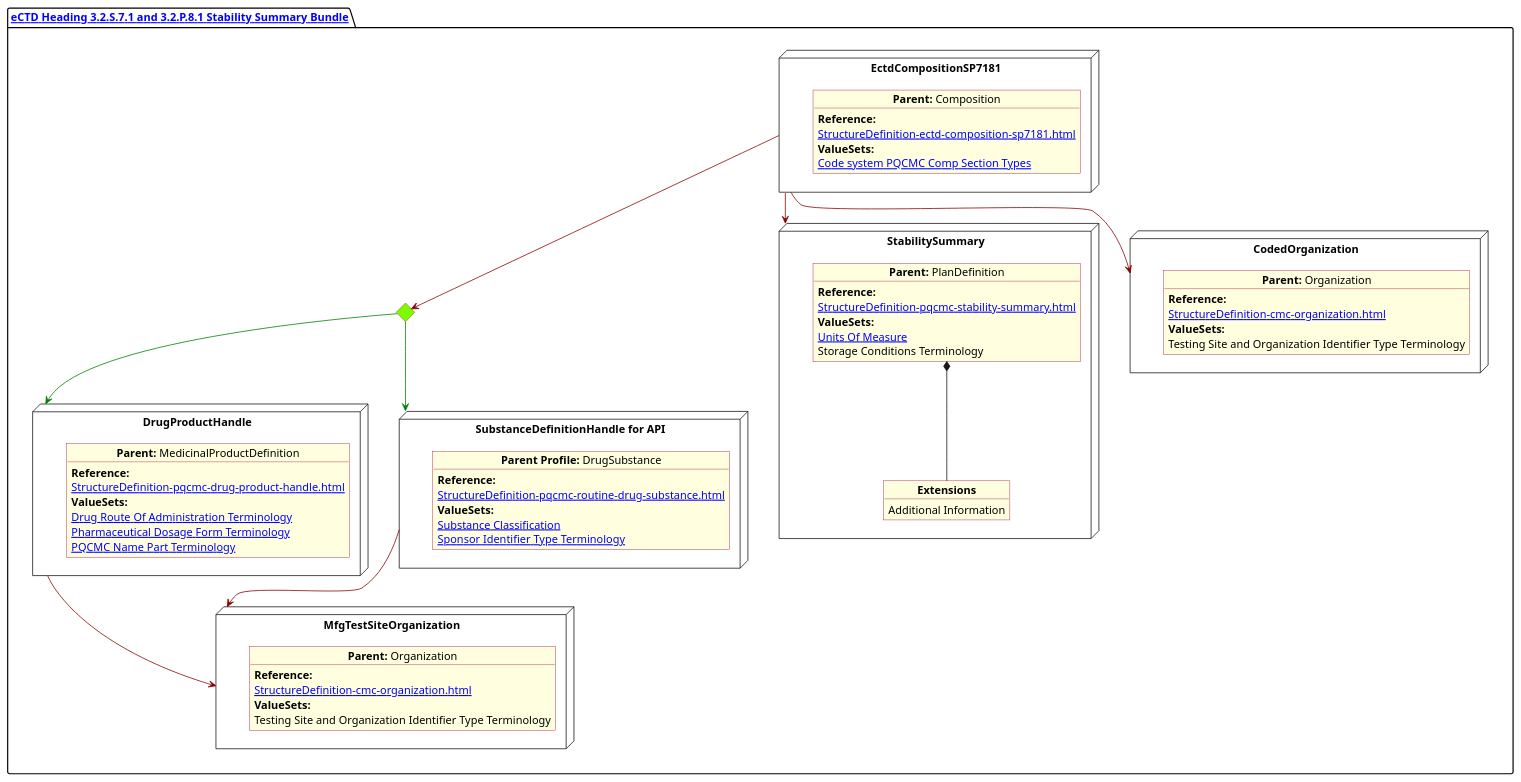
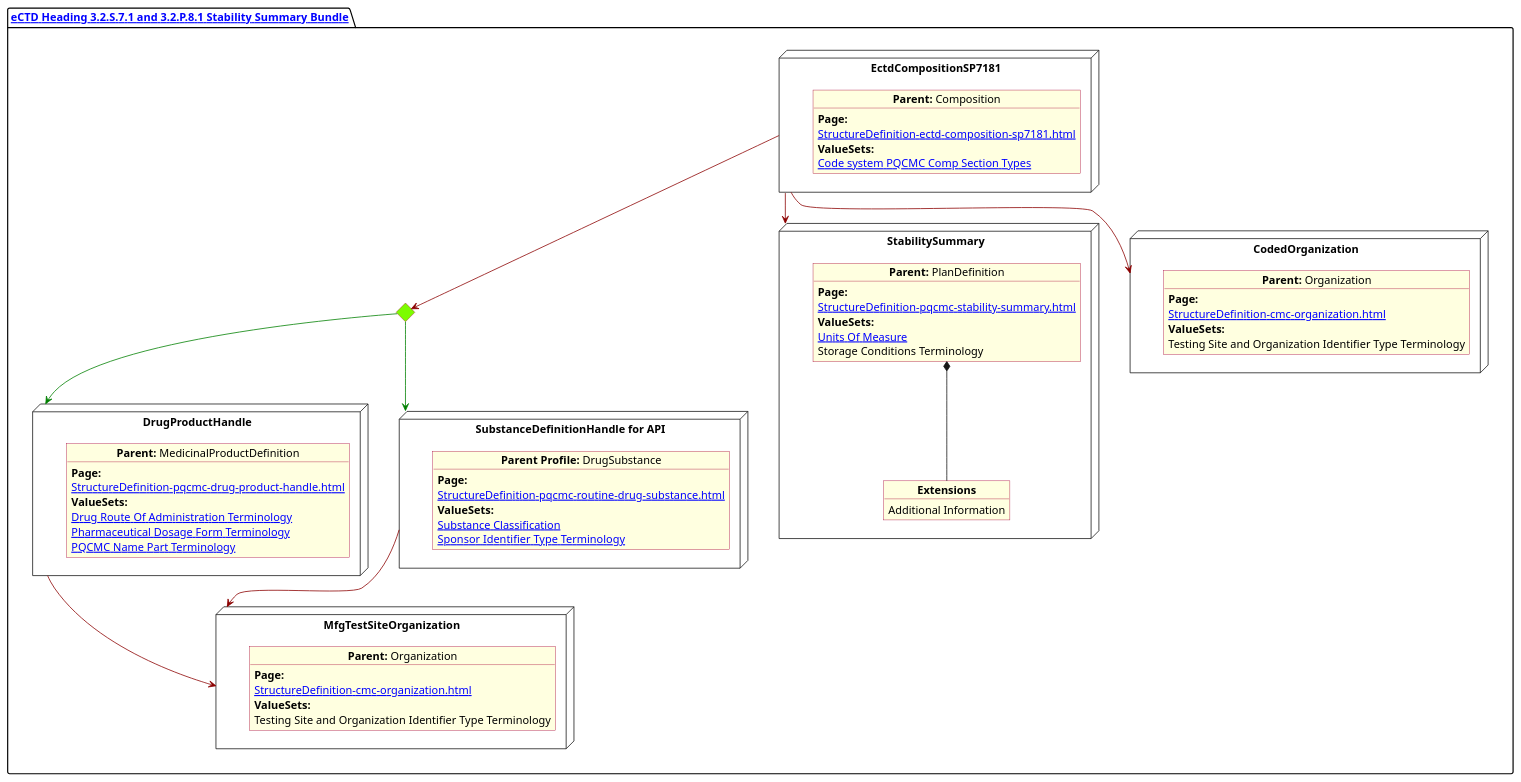
Before and after one commit to HL7/FHIR-us-pq-cmc-fda: the diagram in input/images-source/StabilitySummary.plantuml, drawn with PlantUML. The commit also changed 34 other files, not shown here.

```diff
--- a/input/images-source/StabilitySummary.plantuml
+++ b/input/images-source/StabilitySummary.plantuml
@@ -1,93 +1,93 @@
 @startuml StabilitySummary
 allowmixing
 'Mixed model of use case and object
 skinparam svgDimensionStyle false
 skinparam ObjectBackgroundColor LightYellow
 skinparam ObjectBorderColor #A80036
 skinparam activityDiamondBorderColor #A80036
 skinparam activityDiamondBackgroundColor lawnGreen
 skinparam ClassBorderThickness 4
 
 package "[[StructureDefinition-cmc-ectd-document-sp7181.html eCTD Heading 3.2.S.7.1 and 3.2.P.8.1 Stability Summary Bundle]]" as NODES {
 
       node "DrugProductHandle" as NN {
 
             object "**Parent:** MedicinalProductDefinition" as obj3 {
-                  **Reference:**
+                  **Page:**
                   [[StructureDefinition-pqcmc-drug-product-handle.html]]
                   **ValueSets:**
                   [[ValueSet-spl-drug-route-of-administration-terminology.html Drug Route Of Administration Terminology]]
                   [[ValueSet-spl-pharmaceutical-dosage-form-terminology.html Pharmaceutical Dosage Form Terminology]]
                   [[ValueSet-pqcmc-name-part-terminology.html PQCMC Name Part Terminology]]
             }
       }
       diamond CH
 
       node "SubstanceDefinitionHandle for API" as NNS {
 
             object "**Parent Profile:** DrugSubstance" as obj4 {
-                  **Reference:**
+                  **Page:**
                   [[StructureDefinition-pqcmc-routine-drug-substance.html]]
                   **ValueSets:**
                   [[ValueSet-substance-classification.html Substance Classification]]
                   [[ValueSet-pqcmc-org-identifier-type-terminology.html Sponsor Identifier Type Terminology]]
             }
       }
 
       node "MfgTestSiteOrganization" as NMFG {
 
             object "**Parent:** Organization" as objDP {
-                  **Reference:**
+                  **Page:**
                   [[StructureDefinition-cmc-organization.html]]
                   **ValueSets:**
                   Testing Site and Organization Identifier Type Terminology
             }
       }
 
       node "StabilitySummary" as NMain {
 
             object "**Parent:** PlanDefinition" as objMain {
-                  **Reference:**
+                  **Page:**
                   [[StructureDefinition-pqcmc-stability-summary.html]]
                   **ValueSets:**
                   [[ValueSet-pqcmc-units-of-measure.html Units Of Measure]]
                   Storage Conditions Terminology
             }
 
             object "**Extensions**" as objExs2 {
                   Additional Information
             }
 
             objMain *-- objExs2
       }
 
       node "EctdCompositionSP7181" as N1 {
 
             object "**Parent:** Composition" as obj1 {
-                  **Reference:**
+                  **Page:**
                   [[StructureDefinition-ectd-composition-sp7181.html]]
                   **ValueSets:**
                   [[ValueSet-cmc-comp-section-types-vs.html Code system PQCMC Comp Section Types]]
             }
       }
       node "CodedOrganization" as NSO {
 
             object "**Parent:** Organization" as objAu {
-                  **Reference:**
+                  **Page:**
                   [[StructureDefinition-cmc-organization.html]]
                   **ValueSets:**
                   Testing Site and Organization Identifier Type Terminology
             }
       }
 
       CH -[#green]-> NN
       CH -[#green]-> NNS
       N1 -[#darkred]-> CH
       N1 -[#darkred]-> NSO
       NN -[#darkred]-> NMFG
       NNS -[#darkred]-> NMFG
       N1 -[#darkred]-> NMain
 
 
 }
 @enduml
```
